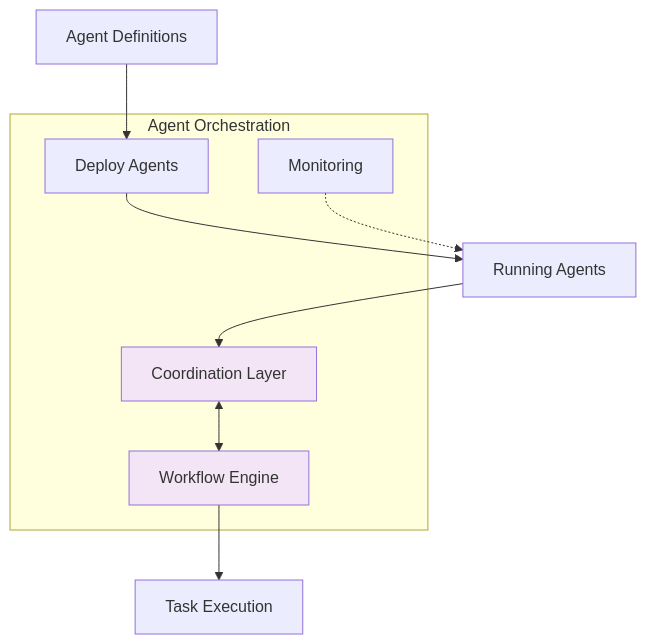
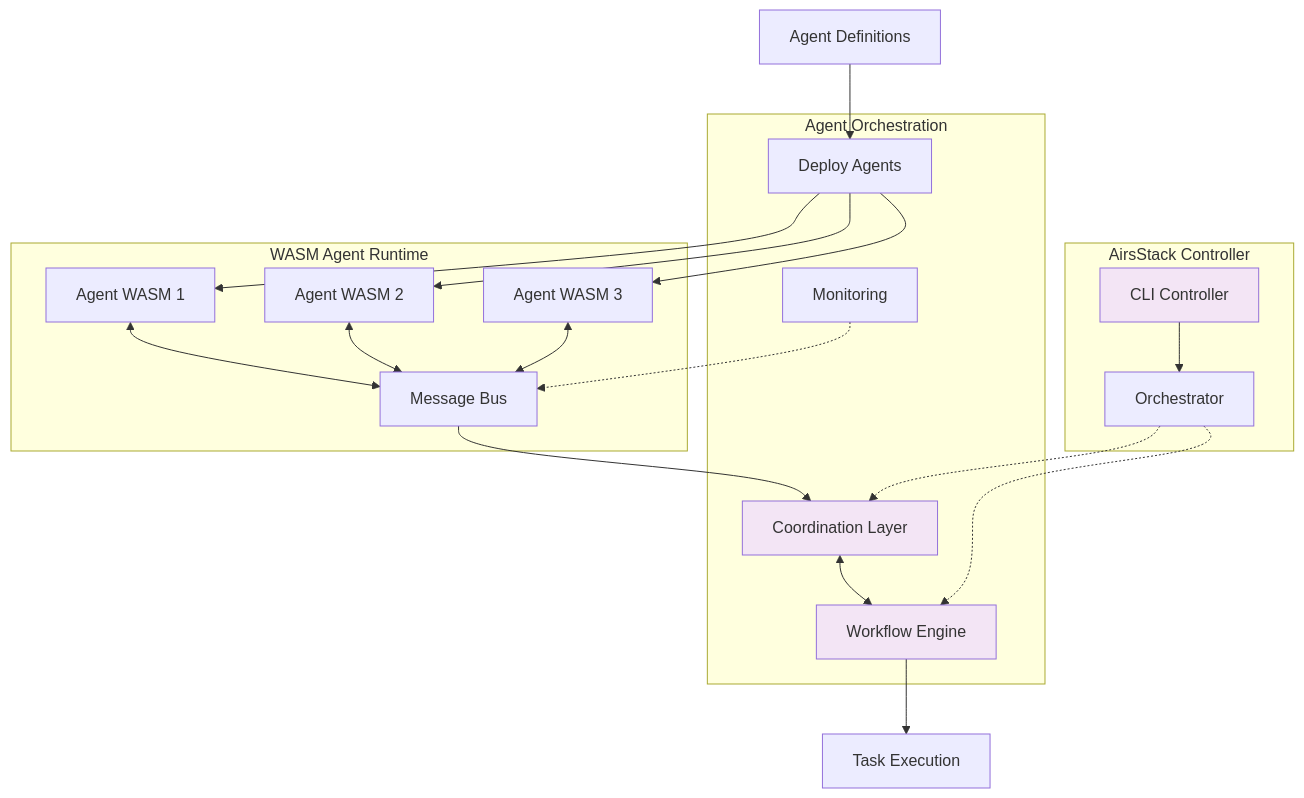
The sixth of 9 diagrams in README.md (airsstack/airsstack), drawn with Mermaid before and after one commit. The commit also changed other lines of this file, not shown here.

First line of the commit message:
docs: add detailed architecture descriptions and ecosystem relationships

````diff
--- a/README.md
+++ b/README.md
@@ -325,19 +458,43 @@
 ```mermaid
 graph TB
     subgraph "Agent Orchestration"
         DEPLOY_A[Deploy Agents]
         COORD[Coordination Layer]
         WORKFLOW[Workflow Engine]
         MONITOR_A[Monitoring]
     end
     
+    subgraph "WASM Agent Runtime"
+        AGENT1[Agent WASM 1]
+        AGENT2[Agent WASM 2]
+        AGENT3[Agent WASM 3]
+        MSG_BUS[Message Bus]
+    end
+    
+    subgraph "AirsStack Controller"
+        CLI_CTRL[CLI Controller]
+        ORCHESTRATOR[Orchestrator]
+    end
+    
     AGENT_DEF[Agent Definitions] --> DEPLOY_A
-    DEPLOY_A --> RUNNING_A[Running Agents]
-    RUNNING_A --> COORD
+    DEPLOY_A --> AGENT1
+    DEPLOY_A --> AGENT2
+    DEPLOY_A --> AGENT3
+    
+    AGENT1 <--> MSG_BUS
+    AGENT2 <--> MSG_BUS
+    AGENT3 <--> MSG_BUS
+    
+    MSG_BUS --> COORD
     COORD <--> WORKFLOW
     WORKFLOW --> TASKS[Task Execution]
-    MONITOR_A -.-> RUNNING_A
+    MONITOR_A -.-> MSG_BUS
+    
+    CLI_CTRL --> ORCHESTRATOR
+    ORCHESTRATOR -.-> COORD
+    ORCHESTRATOR -.-> WORKFLOW
     
     style COORD fill:#f3e5f5
     style WORKFLOW fill:#f3e5f5
+    style CLI_CTRL fill:#f3e5f5
 ```
````
